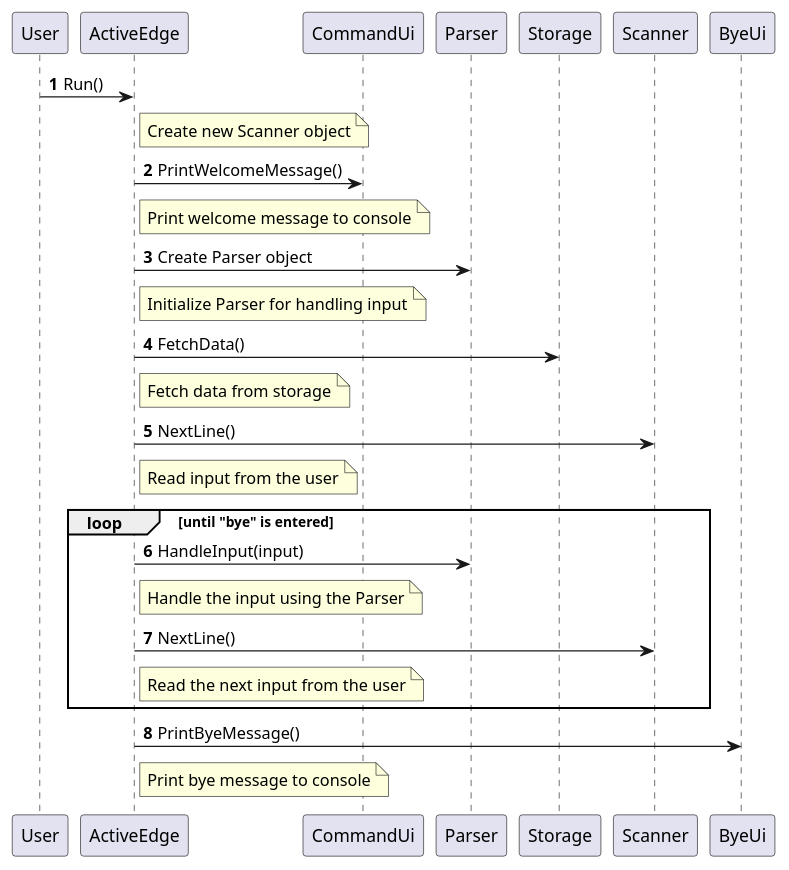
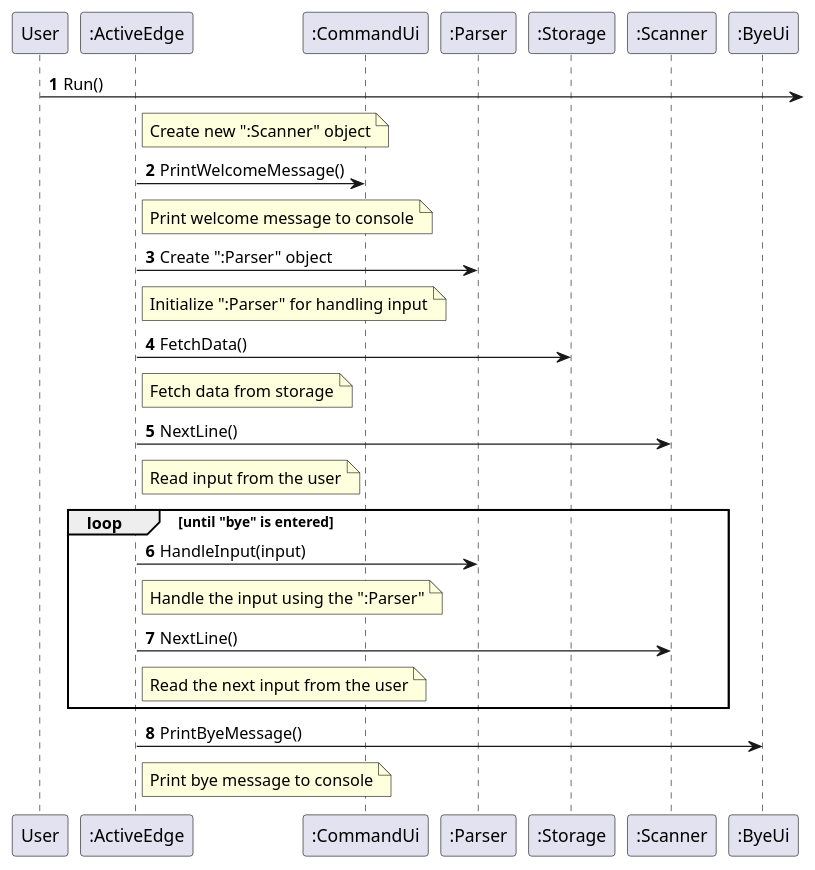
One commit to AY2324S2-CS2113-W12-2/tp changed the diagram in docs/UML diagrams/Main.puml. Above: the diagram before and after it, drawn with PlantUML. The commit also changed 4 other files, not shown here.

Commit message:
Edits to UML diagrams

```diff
--- a/docs/UML diagrams/Main.puml
+++ b/docs/UML diagrams/Main.puml
@@ -1,40 +1,40 @@
 @startuml
 'https://plantuml.com/sequence-diagram
 
 autonumber
-User -> ActiveEdge: Run()
-note right of ActiveEdge
-    Create new Scanner object
+User -> : Run()
+note right of ":ActiveEdge"
+    Create new ":Scanner" object
 end note
-ActiveEdge -> CommandUi: PrintWelcomeMessage()
-note right of ActiveEdge
+":ActiveEdge" -> ":CommandUi": PrintWelcomeMessage()
+note right of ":ActiveEdge"
     Print welcome message to console
 end note
-ActiveEdge -> Parser: Create Parser object
-note right of ActiveEdge
-    Initialize Parser for handling input
+":ActiveEdge" -> ":Parser": Create ":Parser" object
+note right of ":ActiveEdge"
+    Initialize ":Parser" for handling input
 end note
-ActiveEdge -> Storage: FetchData()
-note right of ActiveEdge
+":ActiveEdge" -> ":Storage": FetchData()
+note right of ":ActiveEdge"
     Fetch data from storage
 end note
-ActiveEdge -> Scanner: NextLine()
-note right of ActiveEdge
+":ActiveEdge" -> ":Scanner": NextLine()
+note right of ":ActiveEdge"
     Read input from the user
 end note
 loop until "bye" is entered
-    ActiveEdge -> Parser: HandleInput(input)
-    note right of ActiveEdge
-        Handle the input using the Parser
+    ":ActiveEdge" -> ":Parser": HandleInput(input)
+    note right of ":ActiveEdge"
+        Handle the input using the ":Parser"
     end note
-    ActiveEdge -> Scanner: NextLine()
-    note right of ActiveEdge
+    ":ActiveEdge" -> ":Scanner": NextLine()
+    note right of ":ActiveEdge"
         Read the next input from the user
     end note
 end loop
-ActiveEdge -> ByeUi: PrintByeMessage()
-note right of ActiveEdge
+":ActiveEdge" -> ":ByeUi": PrintByeMessage()
+note right of ":ActiveEdge"
     Print bye message to console
 end note
 
 @enduml
```
